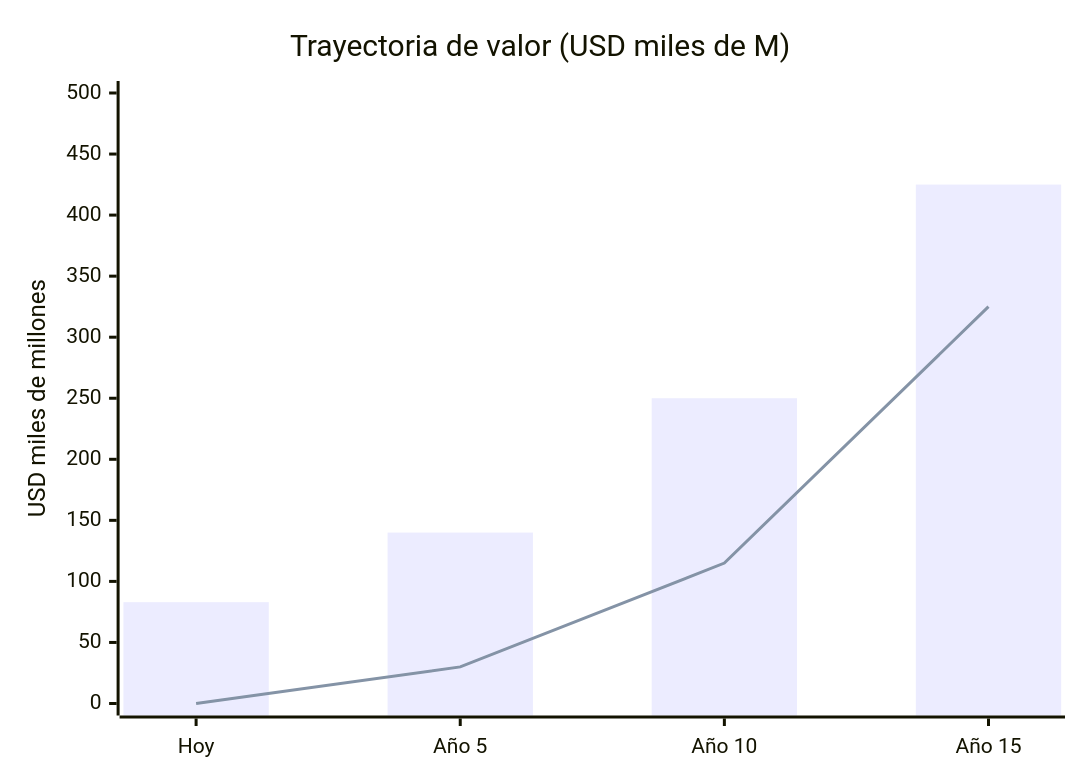
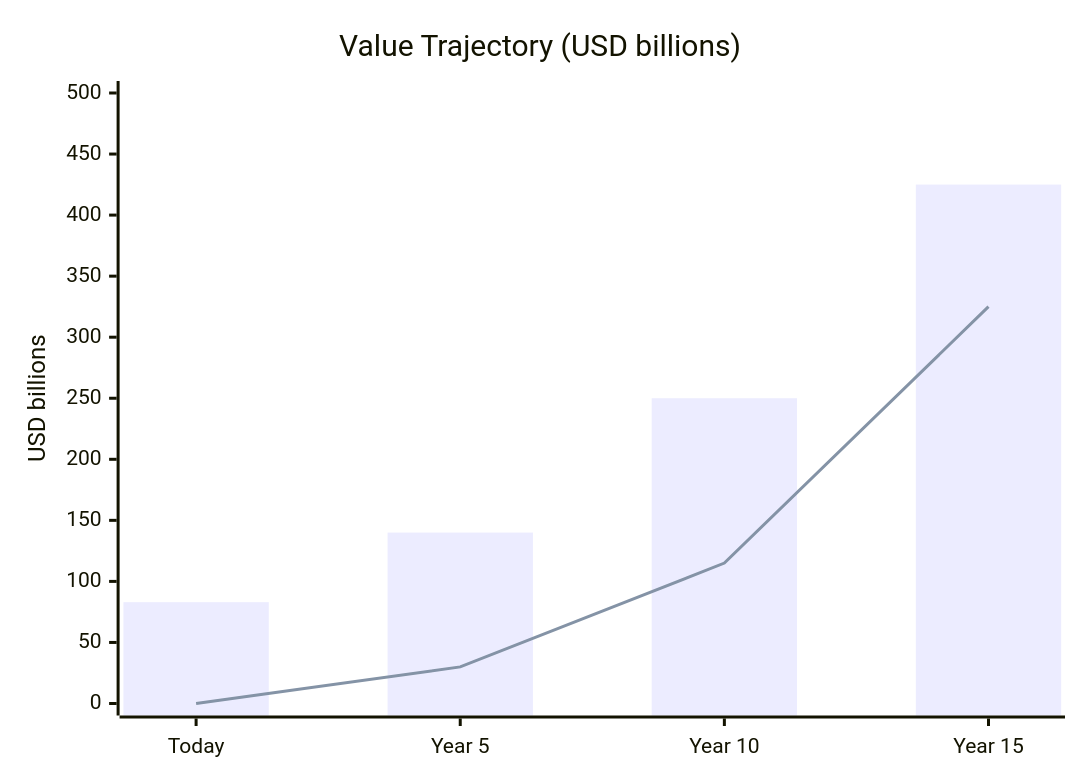
The third of 3 diagrams in i18n/en/docusaurus-plugin-content-docs/current/08-pitch/resumen-ejecutivo.md (Venezuela-S-A/venezuela-sa), drawn with Mermaid before and after one commit. The commit also changed other lines of this file and 127 other files, not shown here.

````diff
--- a/i18n/en/docusaurus-plugin-content-docs/current/08-pitch/resumen-ejecutivo.md
+++ b/i18n/en/docusaurus-plugin-content-docs/current/08-pitch/resumen-ejecutivo.md
@@ -78,8 +78,8 @@
 ```mermaid
 xychart-beta
-    title "Trayectoria de valor (USD miles de M)"
-    x-axis ["Hoy", "Año 5", "Año 10", "Año 15"]
-    y-axis "USD miles de millones" 0 --> 500
+    title "Value Trajectory (USD billions)"
+    x-axis ["Today", "Year 5", "Year 10", "Year 15"]
+    y-axis "USD billions" 0 --> 500
     bar [83, 140, 250, 425]
     line [0, 30, 115, 325]
 ```
````
